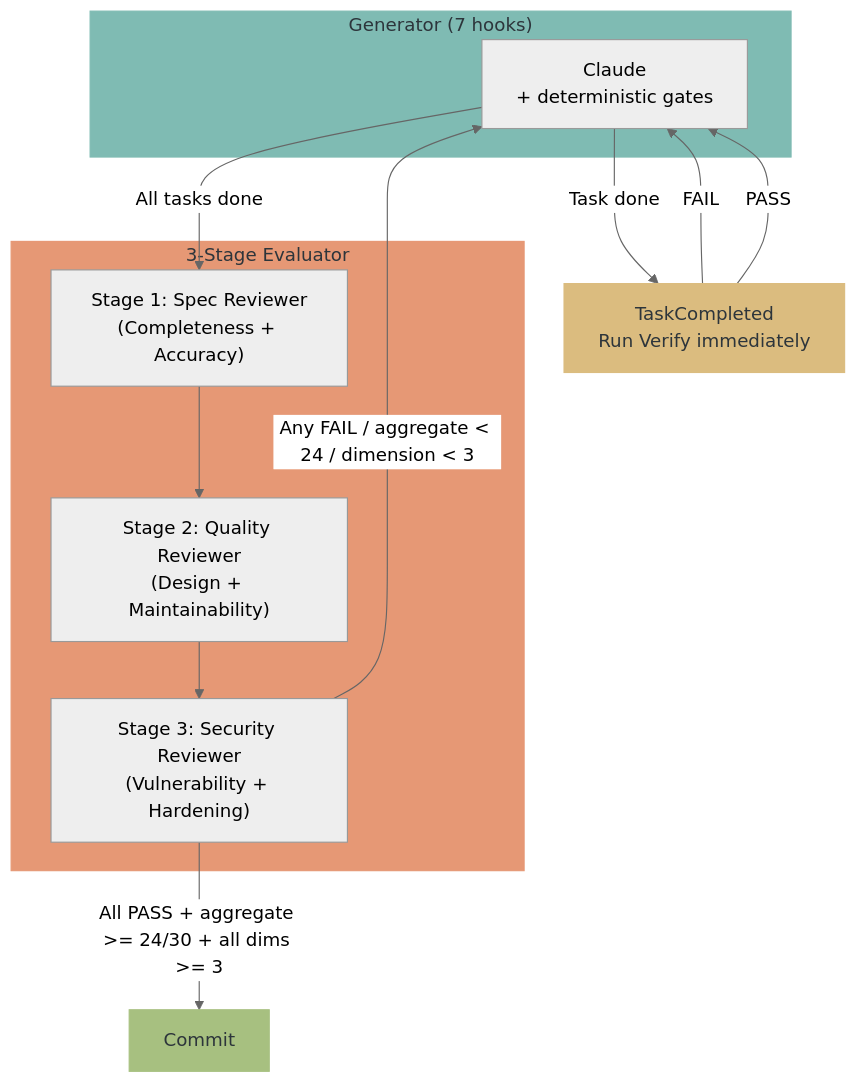
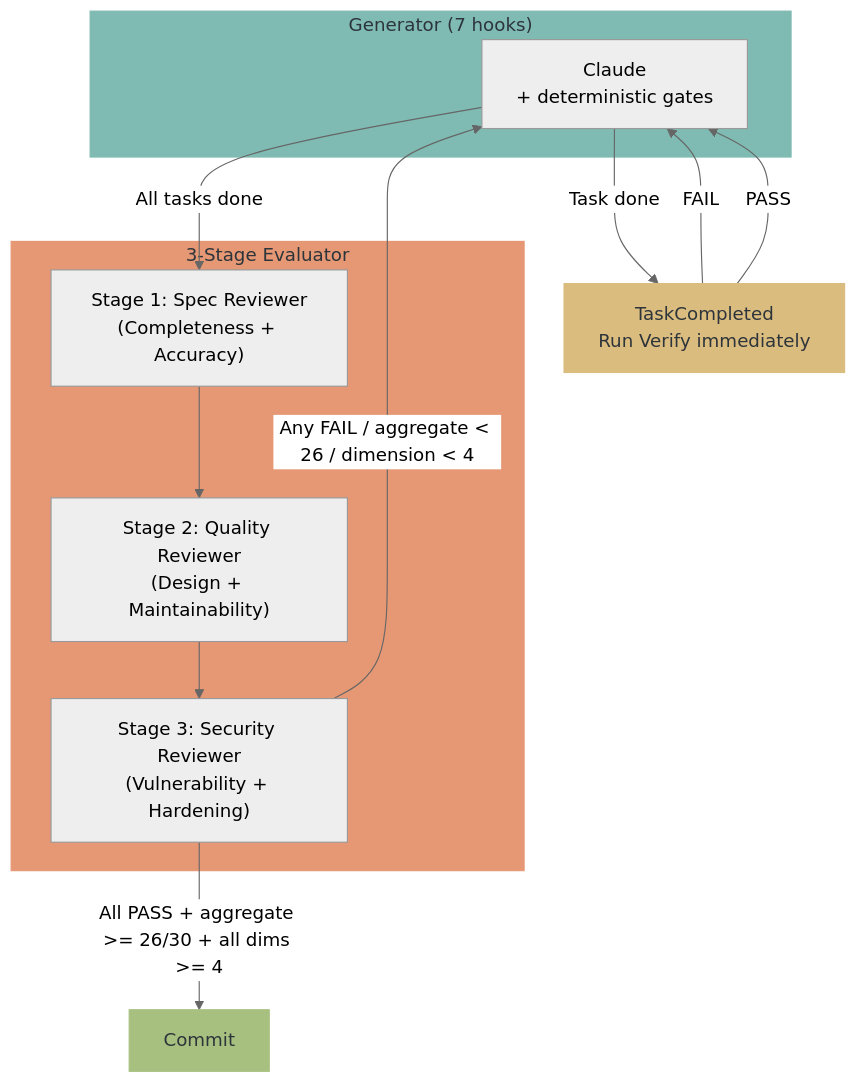
Before and after one commit to hir4ta/qult: the second of 2 diagrams in README.md, drawn with Mermaid (neutral theme). The commit also changed other lines of this file and 1 other file, not shown here.

````diff
--- a/README.md
+++ b/README.md
@@ -91,25 +91,25 @@
 ```mermaid
 flowchart TB
     subgraph Generator["Generator (7 hooks)"]
         Claude["Claude\n+ deterministic gates"]
     end
     subgraph Evaluator["3-Stage Evaluator"]
         Spec["Stage 1: Spec Reviewer\n(Completeness + Accuracy)"]
         Quality["Stage 2: Quality Reviewer\n(Design + Maintainability)"]
         Security["Stage 3: Security Reviewer\n(Vulnerability + Hardening)"]
     end
 
     Claude -- "Task done" --> TV["TaskCompleted\nRun Verify immediately"]
     TV -- "FAIL" --> Claude
     TV -- "PASS" --> Claude
     Claude -- "All tasks done" --> Spec
     Spec --> Quality
     Quality --> Security
-    Security -- "Any FAIL / aggregate < 24 / dimension < 3" --> Claude
-    Security -- "All PASS + aggregate >= 24/30 + all dims >= 3" --> Done["Commit"]
+    Security -- "Any FAIL / aggregate < 26 / dimension < 4" --> Claude
+    Security -- "All PASS + aggregate >= 26/30 + all dims >= 4" --> Done["Commit"]
 
     style Generator fill:#7fbbb3,color:#2d353b,stroke:#7fbbb3
     style Evaluator fill:#e69875,color:#2d353b,stroke:#e69875
     style Done fill:#a7c080,color:#2d353b,stroke:#a7c080
     style TV fill:#dbbc7f,color:#2d353b,stroke:#dbbc7f
 ```
````
